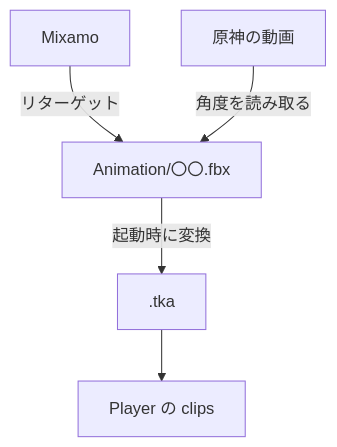
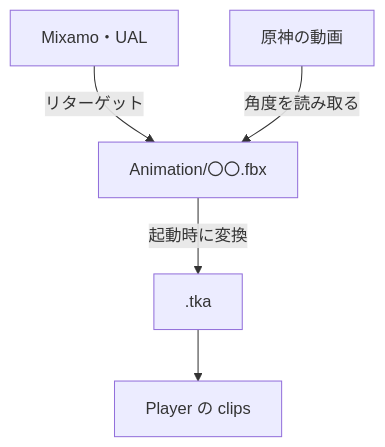
The diagram in Action/docs/ゲーム/アニメーション制作/プレイヤーのアニメーションの設計.md (hirota-ryuki/Action), drawn with Mermaid before and after one commit. The commit also changed other lines of this file and 6 other files, not shown here.

````diff
--- a/Action/docs/ゲーム/アニメーション制作/プレイヤーのアニメーションの設計.md
+++ b/Action/docs/ゲーム/アニメーション制作/プレイヤーのアニメーションの設計.md
@@ -17,7 +17,7 @@
 ```mermaid
 flowchart TD
-    M[Mixamo] -->|リターゲット| F["Animation/〇〇.fbx"]
+    M["Mixamo・UAL"] -->|リターゲット| F["Animation/〇〇.fbx"]
     V[原神の動画] -->|角度を読み取る| F
     F -->|起動時に変換| T[.tka]
     T --> G[Player の clips]
 ```
````
